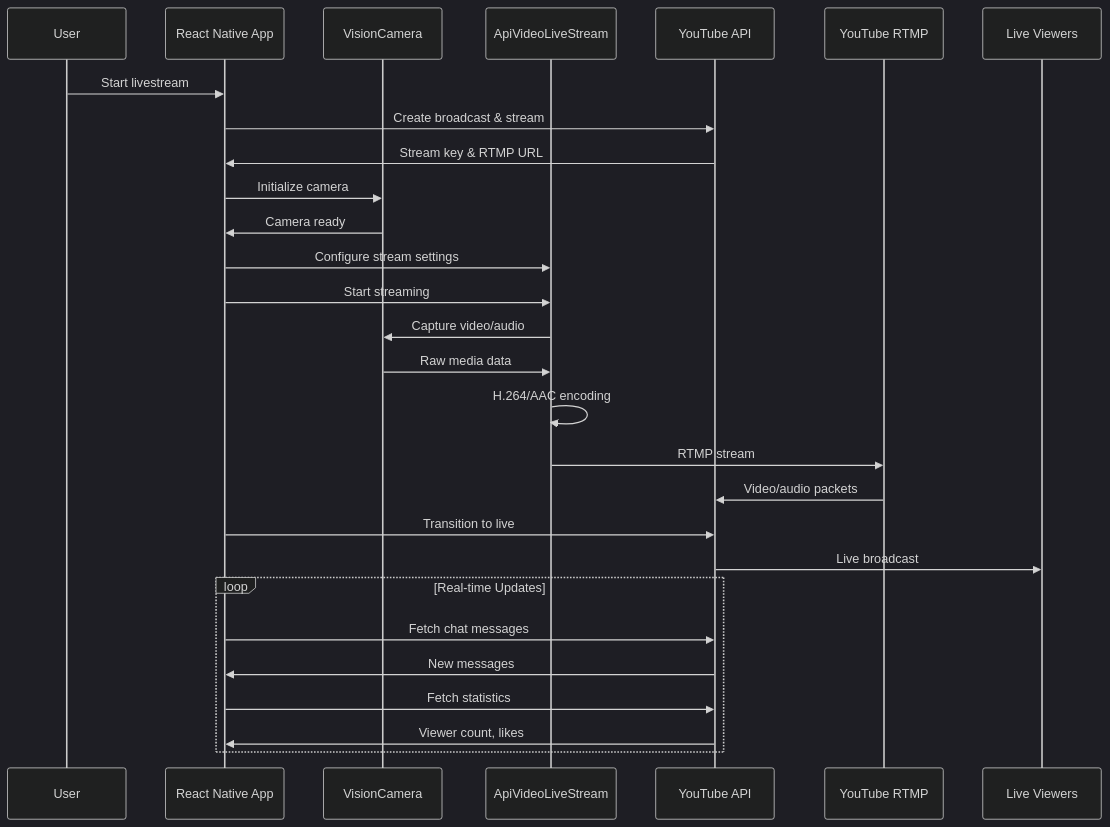
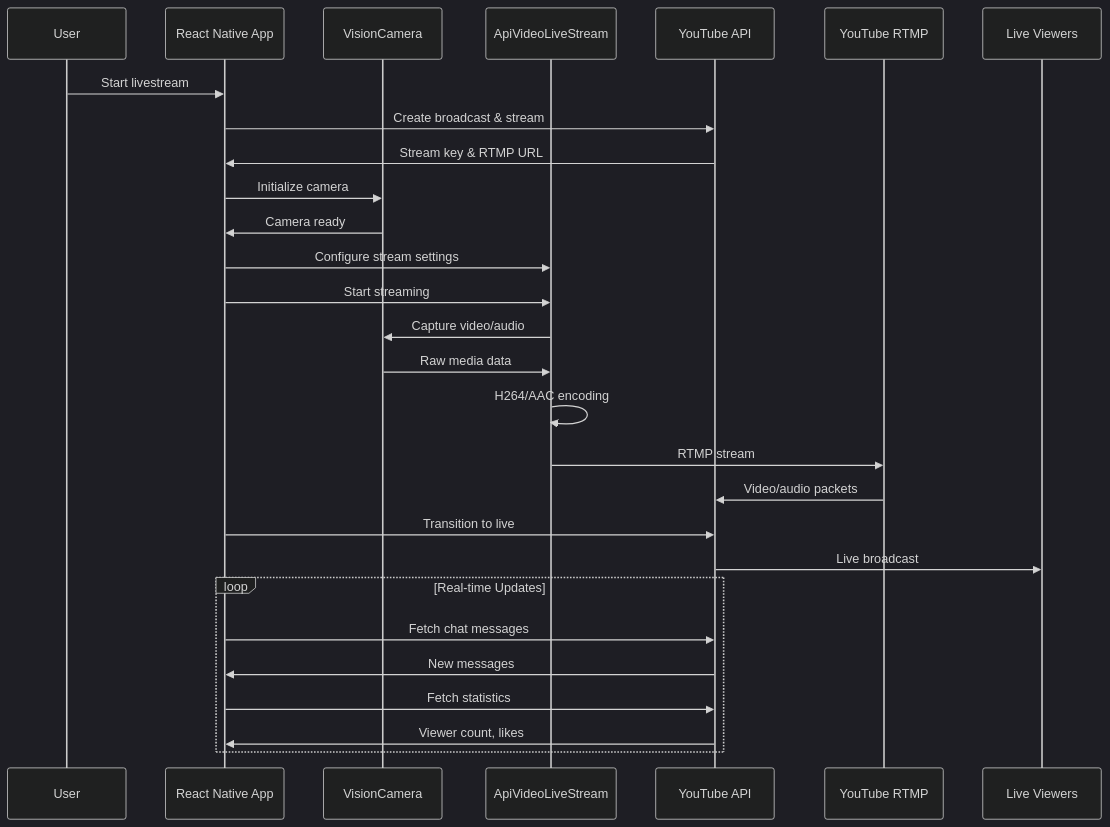
The third of 3 diagrams in README.md (bhavyabgada/fstream), drawn with Mermaid (dark theme) before and after one commit. The commit also changed other lines of this file, not shown here.

Commit message:
graph issues in readme

````diff
--- a/README.md
+++ b/README.md
@@ -516,32 +516,32 @@
 ```mermaid
 sequenceDiagram
     participant User as User
     participant App as React Native App
     participant Camera as VisionCamera
     participant ApiVideo as ApiVideoLiveStream
     participant YouTube as YouTube API
     participant RTMP as YouTube RTMP
     participant Viewers as Live Viewers
     
     User->>App: Start livestream
     App->>YouTube: Create broadcast & stream
     YouTube->>App: Stream key & RTMP URL
     App->>Camera: Initialize camera
     Camera->>App: Camera ready
     App->>ApiVideo: Configure stream settings
     App->>ApiVideo: Start streaming
     ApiVideo->>Camera: Capture video/audio
     Camera->>ApiVideo: Raw media data
-    ApiVideo->>ApiVideo: H.264/AAC encoding
+    ApiVideo->>ApiVideo: H264/AAC encoding
     ApiVideo->>RTMP: RTMP stream
     RTMP->>YouTube: Video/audio packets
     App->>YouTube: Transition to live
     YouTube->>Viewers: Live broadcast
     
     loop Real-time Updates
         App->>YouTube: Fetch chat messages
         YouTube->>App: New messages
         App->>YouTube: Fetch statistics
         YouTube->>App: Viewer count, likes
     end
 ```
````
